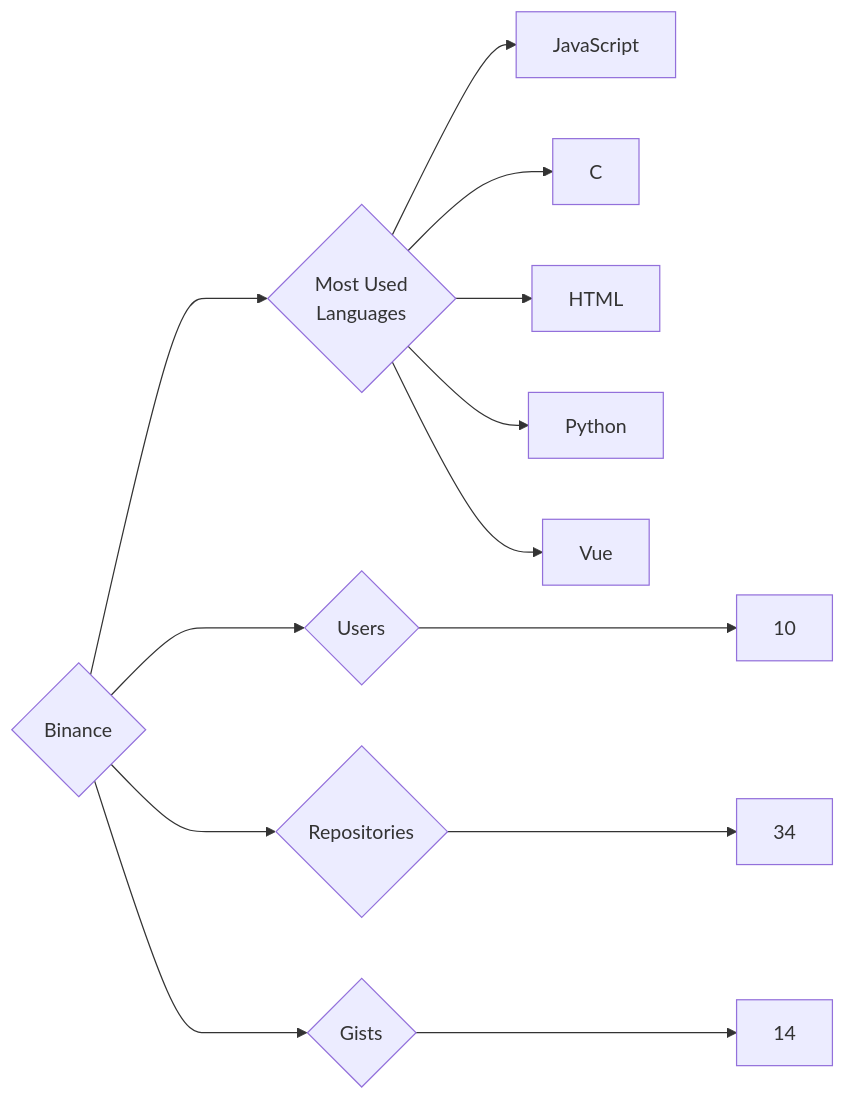
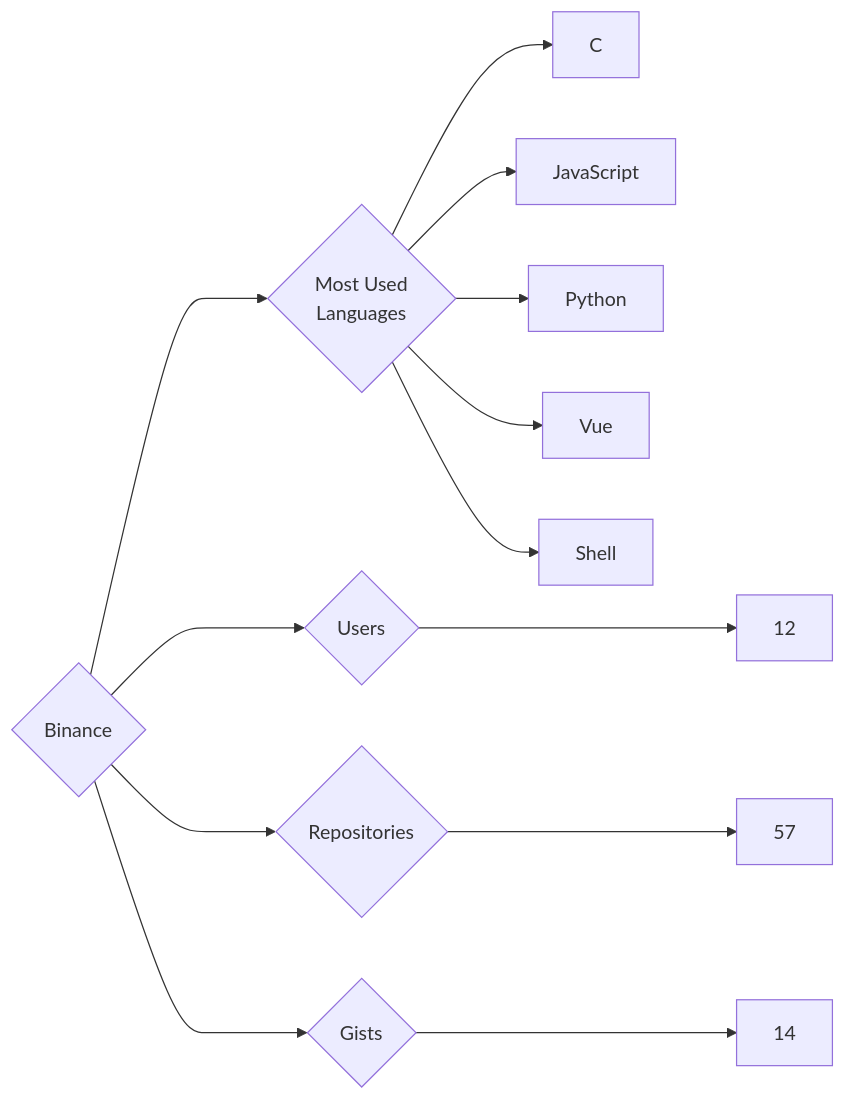
One commit to trickest/insiders changed the diagram in targets/Binance/README.md. Above: the diagram before and after it, drawn with Mermaid. The commit also changed 914 other files, not shown here.

````diff
--- a/targets/Binance/README.md
+++ b/targets/Binance/README.md
@@ -3,13 +3,13 @@
 ```mermaid
 graph LR
 COMPANY_NAME{Binance}
-COMPANY_NAME ---> U{Users} ---> UN[10]
-COMPANY_NAME ---> R{Repositories} ---> RN[34]
+COMPANY_NAME ---> U{Users} ---> UN[12]
+COMPANY_NAME ---> R{Repositories} ---> RN[57]
 COMPANY_NAME ---> G{Gists} ---> GN[14]
 COMPANY_NAME ---> ML{Most Used<br>Languages}
+ML --> C[C]
 ML --> JavaScript[JavaScript]
-ML --> C[C]
-ML --> HTML[HTML]
 ML --> Python[Python]
 ML --> Vue[Vue]
+ML --> Shell[Shell]
 ```
````
